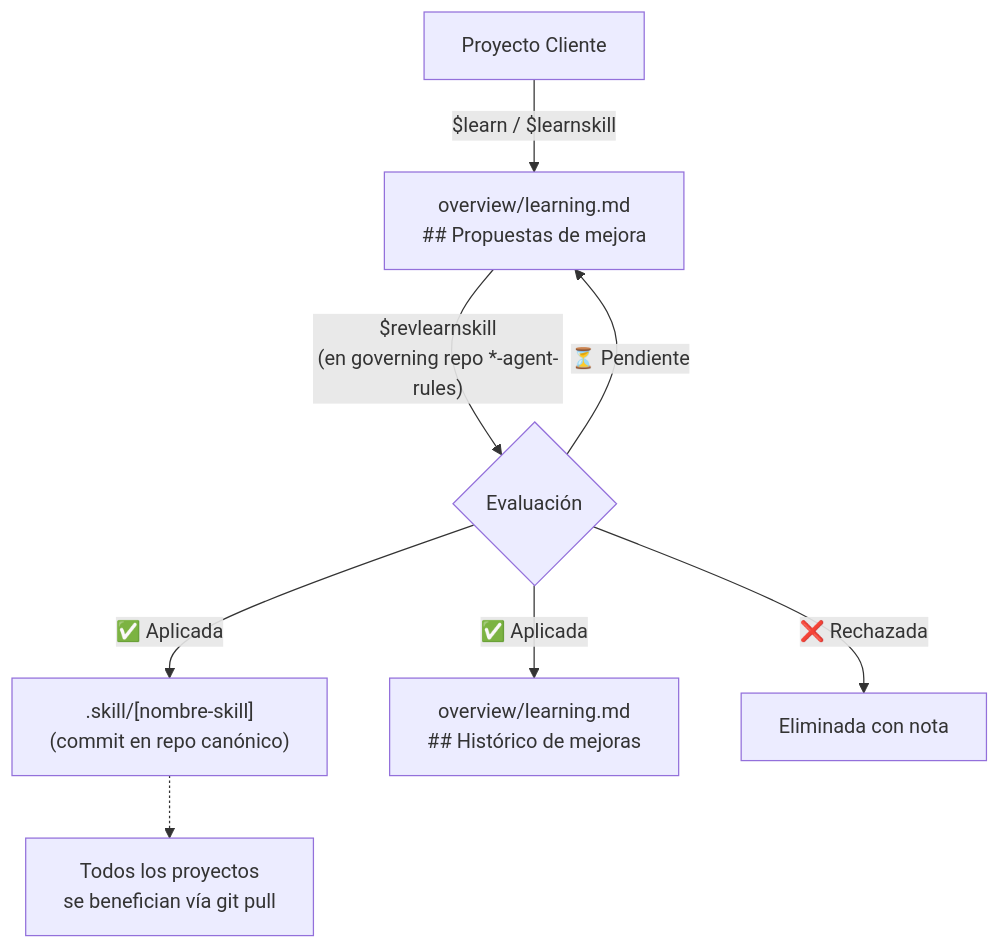
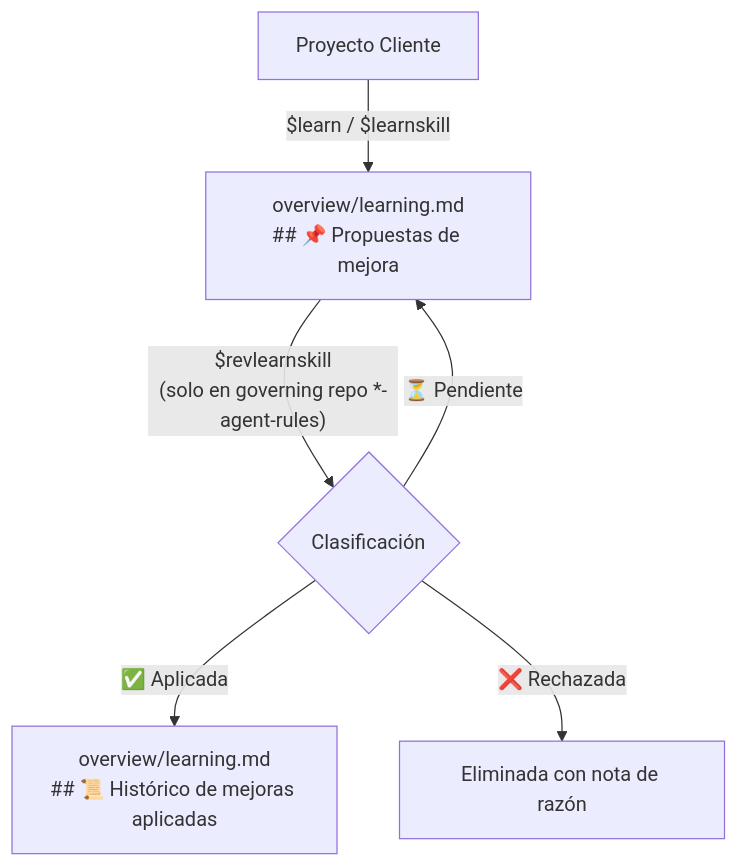
Before and after one commit to Agent-Rules-Ecosystem/flutter-agent-rules: the diagram in core/learning_protocol.md, drawn with Mermaid. The commit also changed other lines of this file and 1 other file, not shown here.

Commit message:
fix: correct $revlearnskill — all output stays in overview/learning.md, never .agents/ or .skill/

````diff
--- a/core/learning_protocol.md
+++ b/core/learning_protocol.md
@@ -88,10 +86,8 @@
 ```mermaid
 graph TD
-    A["Proyecto Cliente"] -- "$learn / $learnskill" --> B["overview/learning.md\n## Propuestas de mejora"]
-    B -- "$revlearnskill\n(en governing repo *-agent-rules)" --> C{"Evaluación"}
-    C -- "✅ Aplicada" --> D[".skill/[nombre-skill]\n(commit en repo canónico)"]
-    C -- "✅ Aplicada" --> E["overview/learning.md\n## Histórico de mejoras"]
-    C -- "❌ Rechazada" --> F["Eliminada con nota"]
+    A["Proyecto Cliente"] -- "$learn / $learnskill" --> B["overview/learning.md\n## 📌 Propuestas de mejora"]
+    B -- "$revlearnskill\n(solo en governing repo *-agent-rules)" --> C{"Clasificación"}
+    C -- "✅ Aplicada" --> D["overview/learning.md\n## 📜 Histórico de mejoras aplicadas"]
+    C -- "❌ Rechazada" --> E["Eliminada con nota de razón"]
     C -- "⏳ Pendiente" --> B
-    D -.-> G["Todos los proyectos\nse benefician vía git pull"]
 ```
````
